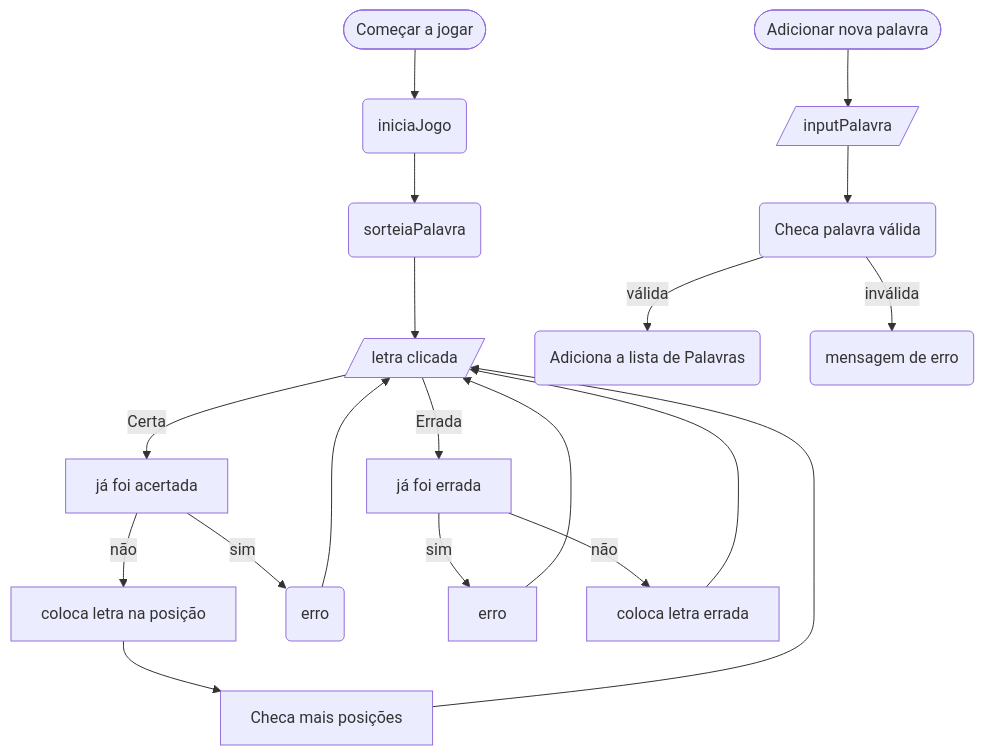
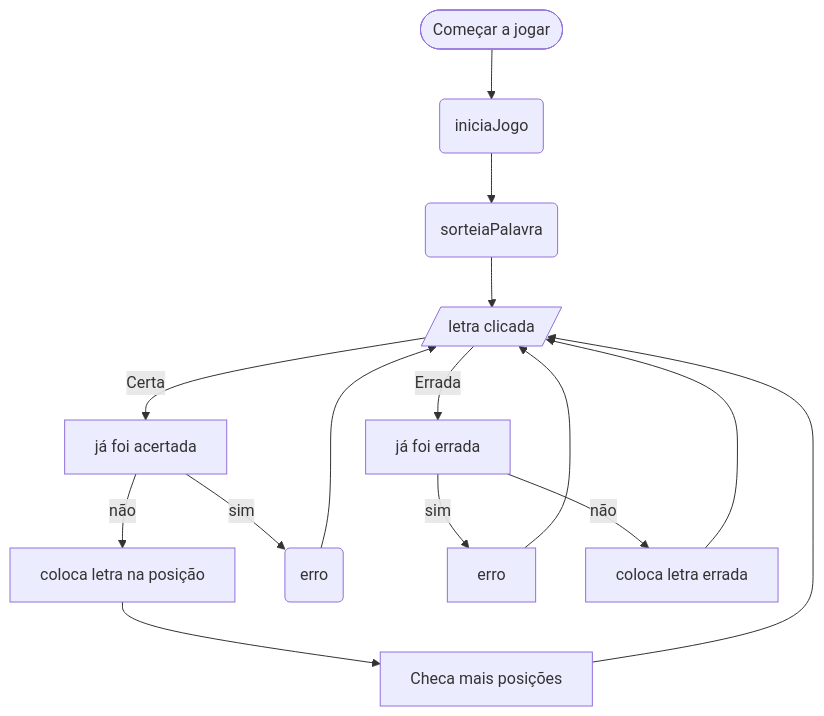
Before and after one commit to LeonardoFG/challenge-oracle-hangman: the first of 2 diagrams in README.md, drawn with Mermaid.

````diff
--- a/README.md
+++ b/README.md
@@ -4,21 +4,17 @@
 ```mermaid
     flowchart TD
     A([Começar a jogar]) --> B(iniciaJogo)
     B --> C(sorteiaPalavra)
     C --> D[/letra clicada/]
     D -->|Certa| E[já foi acertada]
     E -->|não| F[coloca letra na posição]
     F -->G[Checa mais posições]
     G --> D
     E -->|sim| H(erro)
     H --> D
     D -->|Errada| J[já foi errada]
     J -->|sim| K[erro]
     K --> D
     J -->|não| L[coloca letra errada]
     L -->D
-    R([Adicionar nova palavra]) -->S[/inputPalavra/]
-    S -->T(Checa palavra válida)
-    T -->|válida| U(Adiciona a lista de Palavras)
-    T -->|inválida| V(mensagem de erro)
-```
+```    
````
